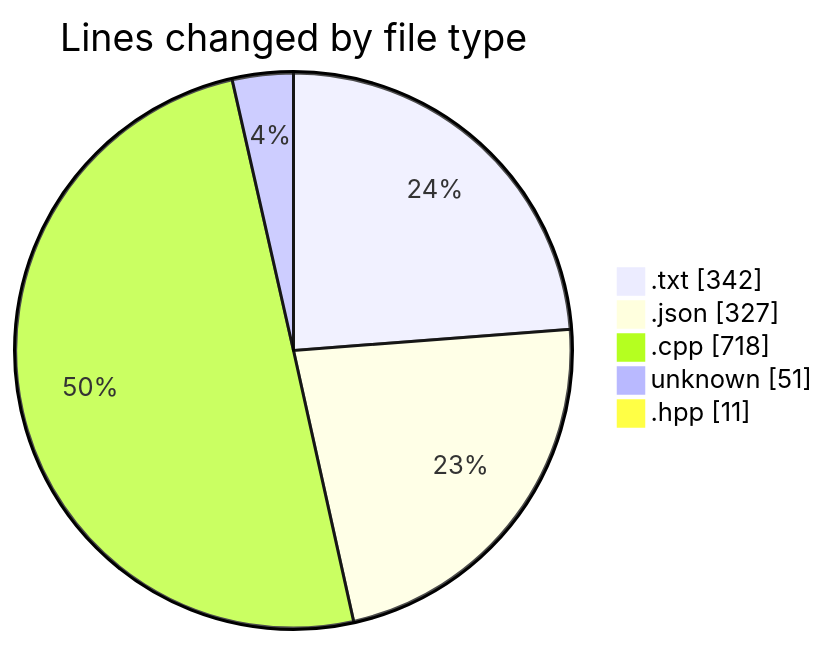
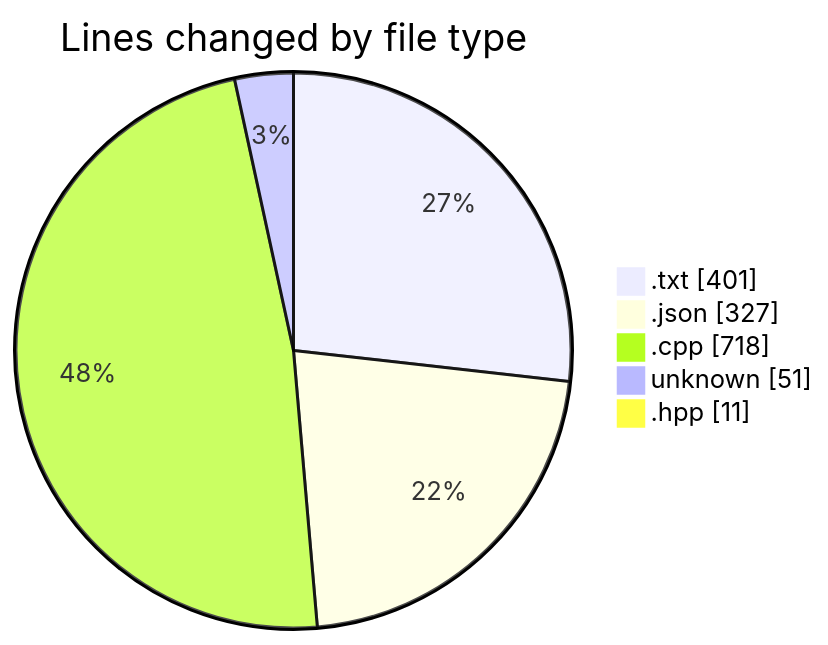
Before and after one commit to Netris89/code-tracking: the first of 2 diagrams in 2025-04-07/echo/README.md, drawn with Mermaid. The commit also changed other lines of this file and 1 other file, not shown here.

````diff
--- a/2025-04-07/echo/README.md
+++ b/2025-04-07/echo/README.md
@@ -29,9 +29,9 @@
 ```mermaid
 pie showData
 title Lines changed by file type
-".txt" : 342
+".txt" : 401
 ".json" : 327
 ".cpp" : 718
 "unknown" : 51
 ".hpp" : 11
 ```
````
